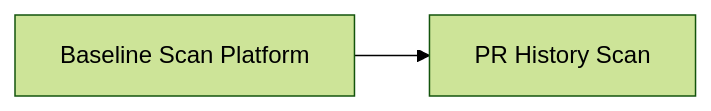
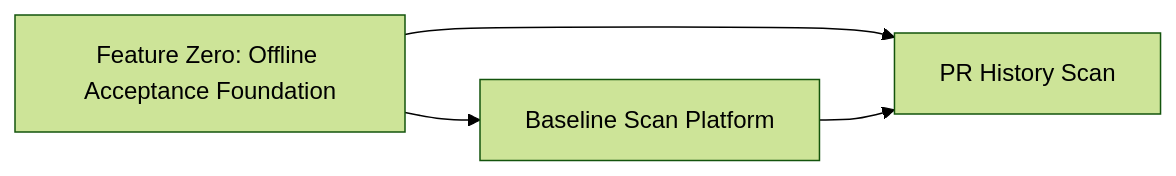
The diagram in .github/specs/coach-api-platform-groundwork.spec.md (lousy-agents/coach), drawn with Mermaid (forest theme) before and after one commit. The commit also changed other lines of this file and 3 other files, not shown here.

Commit message:
spec: add offline acceptance foundation

````diff
--- a/.github/specs/coach-api-platform-groundwork.spec.md
+++ b/.github/specs/coach-api-platform-groundwork.spec.md
@@ -31,4 +33,6 @@
 ```mermaid
 flowchart LR
-    B[Baseline Scan Platform] --> P[PR History Scan]
+    Z[Feature Zero: Offline Acceptance Foundation] --> B[Baseline Scan Platform]
+    Z --> P[PR History Scan]
+    B --> P[PR History Scan]
 ```
````
